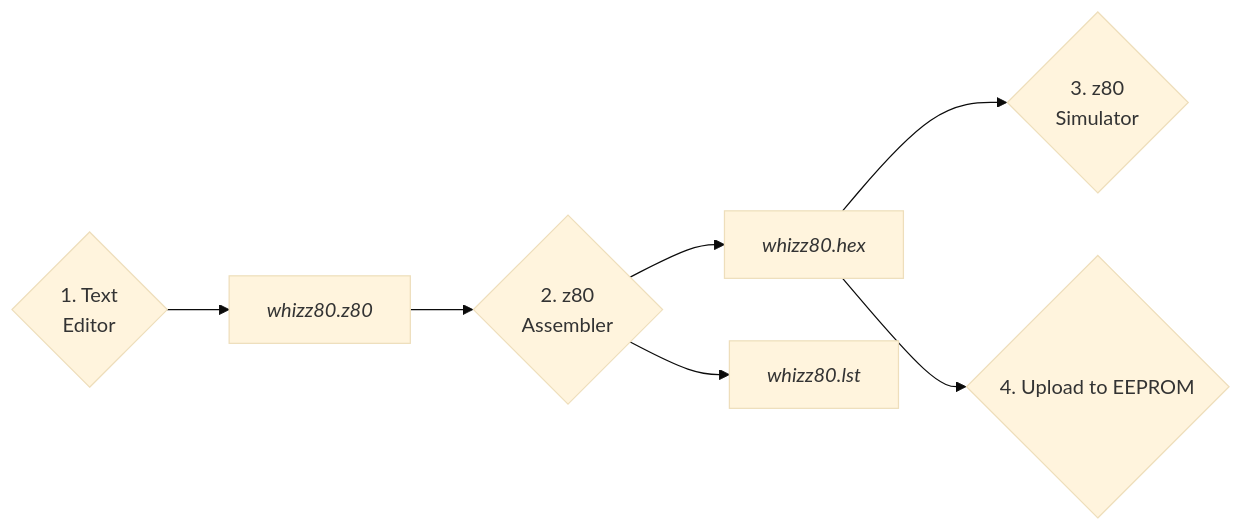
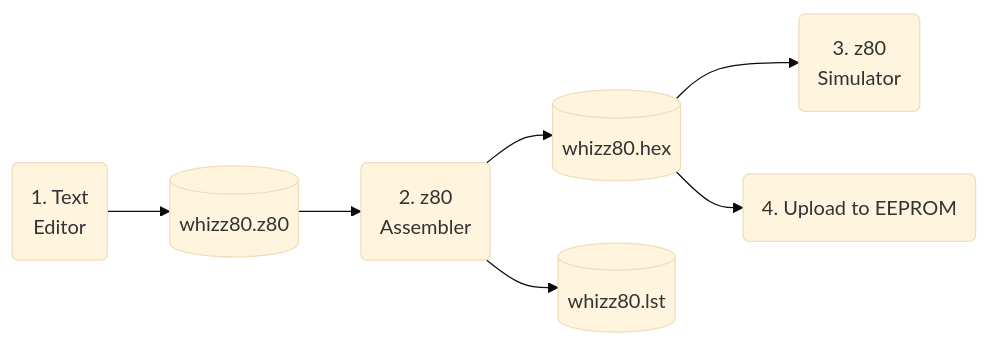
Before and after one commit to Philbywhizz/whizz80.com: the diagram in content/software/tools/workflow/_index.md, drawn with Mermaid (base theme). The commit also changed other lines of this file and 12 other files, not shown here.

```diff
--- a/content/software/tools/workflow/_index.md
+++ b/content/software/tools/workflow/_index.md
@@ -13,9 +18,9 @@
 {{< mermaid >}}
-graph LR
-  vim{1. Text<br>Editor} --> ASM[<i>whizz80.z80</i>]
+flowchart LR
+  vim(1. Text<br>Editor) --> ASM[(whizz80.z80)]
   ASM --> zasm
-  zasm{2. z80<br>Assembler} --> HEX[<i>whizz80.hex</i>]
-  zasm --> LIST[<i>whizz80.lst</i>]
-  HEX --> z80sim{3. z80<br>Simulator}
-  HEX --> eeprom{4. Upload to EEPROM}
+  zasm(2. z80<br>Assembler) --> HEX[(whizz80.hex)]
+  zasm --> LIST[(whizz80.lst)]
+  HEX --> z80sim(3. z80<br>Simulator)
+  HEX --> eeprom(4. Upload to EEPROM)
 {{< /mermaid >}}
```
